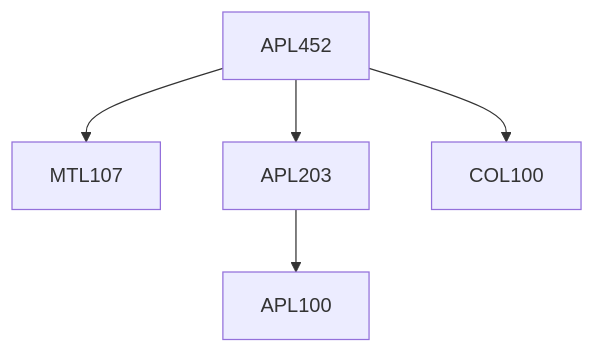
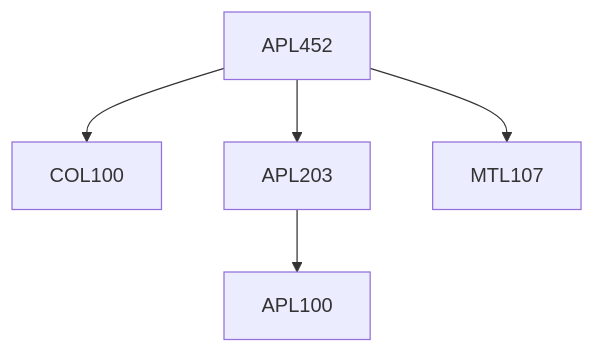
One commit to KeshavBansal0122/CoS_Website changed the diagram in content/Applied Mechanics/APL452.md. Above: the diagram before and after it, drawn with Mermaid. The commit also changed other lines of this file and 2662 other files, not shown here.

````diff
--- a/content/Applied Mechanics/APL452.md
+++ b/content/Applied Mechanics/APL452.md
@@ -13,11 +13,11 @@
 ```mermaid
 flowchart TD
 APL452-55[APL452]
+APL452-55 --> COL100-55[COL100]
+APL203-55 --> APL100-55[APL100]
+APL452-55 --> APL203-55[APL203]
 APL452-55 --> MTL107-55[MTL107]
-APL203-55 --> APL100-55[APL100]
-APL452-55 --> COL100-55[COL100]
-APL452-55 --> APL203-55[APL203]
 
 classDef empty height:17px, fill:transparent, stroke:transparent;
 classDef trueEmpty height:0px, width:0px;
 ```
````
